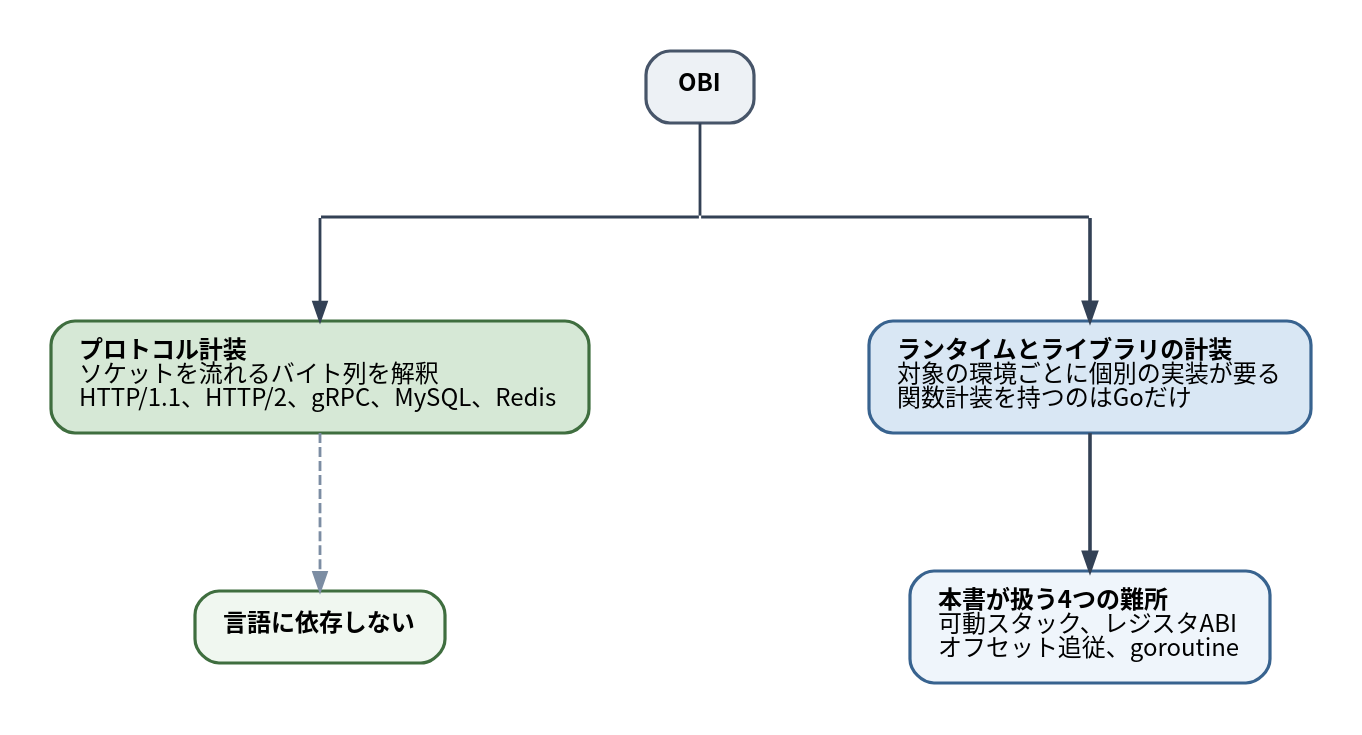
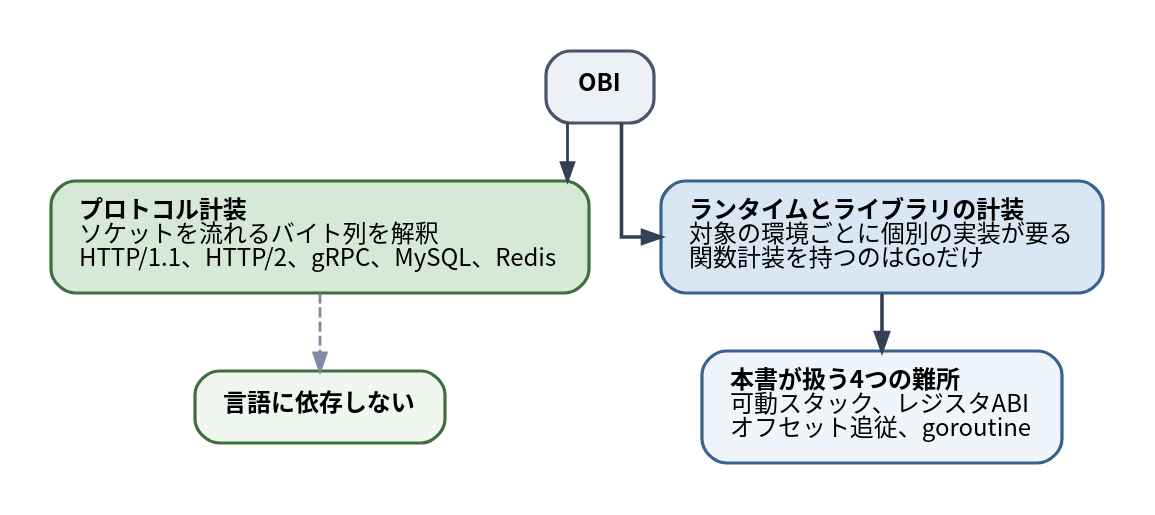
Before and after one commit to ymotongpoo/zenn.dev: the diagram in diagrams/go-ebpf-primer/20260820-obi-two-paths.dot, drawn with Graphviz. The commit also changed 85 other files, not shown here.

First line of the commit message:
change(go-ebpf-primer): 矢印が無駄に長くなる図をlayout=dotに書き直した

```diff
--- a/diagrams/go-ebpf-primer/20260820-obi-two-paths.dot
+++ b/diagrams/go-ebpf-primer/20260820-obi-two-paths.dot
@@ -1,42 +1,39 @@
 // OBIの2つの計装経路
 digraph obi_two_paths {
   graph [
-    layout=neato, inputscale=72, splines=line,
+    rankdir=TB, splines=ortho,
+    nodesep=0.5, ranksep=0.4, pad=0.25,
     fontname="Harano Aji Gothic,Noto Sans CJK JP,IPAGothic", fontsize=13,
-    bgcolor="white", pad=0.25
+    bgcolor="white"
   ];
   node [
     fontname="Harano Aji Gothic,Noto Sans CJK JP,IPAGothic", fontsize=12,
     shape=box, style="rounded,filled",
     fillcolor="#F1F5F9", color="#475569", penwidth=1.6,
     margin="0.2,0.14"
   ];
   edge [
     fontname="Harano Aji Gothic,Noto Sans CJK JP,IPAGothic", fontsize=11,
     color="#334155", penwidth=1.4, arrowsize=0.9,
     fontcolor="#1E293B"
   ];
 
-  obi [pos="350,330!", label=<<b>OBI</b>>, fillcolor="#EDF1F5"];
+  obi [label=<<b>OBI</b>>, fillcolor="#EDF1F5"];
 
-  j  [pos="350,265!", shape=point, width=0.01, style=invis];
-  jl [pos="160,265!", shape=point, width=0.01, style=invis];
-  jr [pos="545,265!", shape=point, width=0.01, style=invis];
-
-  proto [pos="160,185!", label=<<b>プロトコル計装</b><br align="left"/>ソケットを流れるバイト列を解釈<br align="left"/>HTTP/1.1、HTTP/2、gRPC、MySQL、Redis<br align="left"/>>,
+  proto [label=<<b>プロトコル計装</b><br align="left"/>ソケットを流れるバイト列を解釈<br align="left"/>HTTP/1.1、HTTP/2、gRPC、MySQL、Redis<br align="left"/>>,
          fillcolor="#D6E8D6", color="#3F6E3F"];
-  lib [pos="545,185!", label=<<b>ランタイムとライブラリの計装</b><br align="left"/>対象の環境ごとに個別の実装が要る<br align="left"/>関数計装を持つのはGoだけ<br align="left"/>>,
+  lib [label=<<b>ランタイムとライブラリの計装</b><br align="left"/>対象の環境ごとに個別の実装が要る<br align="left"/>関数計装を持つのはGoだけ<br align="left"/>>,
        fillcolor="#D9E7F4", color="#38638F"];
 
-  proto_res [pos="160,60!", label=<<b>言語に依存しない</b>>, fillcolor="#F0F7F0", color="#3F6E3F"];
-  lib_res [pos="545,60!", label=<<b>本書が扱う4つの難所</b><br align="left"/>可動スタック、レジスタABI<br align="left"/>オフセット追従、goroutine<br align="left"/>>,
+  proto_res [label=<<b>言語に依存しない</b>>, fillcolor="#F0F7F0", color="#3F6E3F"];
+  lib_res [label=<<b>本書が扱う4つの難所</b><br align="left"/>可動スタック、レジスタABI<br align="left"/>オフセット追従、goroutine<br align="left"/>>,
            fillcolor="#EFF5FB", color="#38638F"];
 
-  obi -> j [dir=none];
-  j -> jl [dir=none];
-  j -> jr [dir=none];
-  jl -> proto;
-  jr -> lib [penwidth=1.8];
+  obi -> proto;
+  obi -> lib [penwidth=1.8];
   proto -> proto_res [style=dashed, color="#7C8DA3"];
   lib -> lib_res [penwidth=1.8];
+
+  { rank=same; proto; lib; }
+  { rank=same; proto_res; lib_res; }
 }
```
